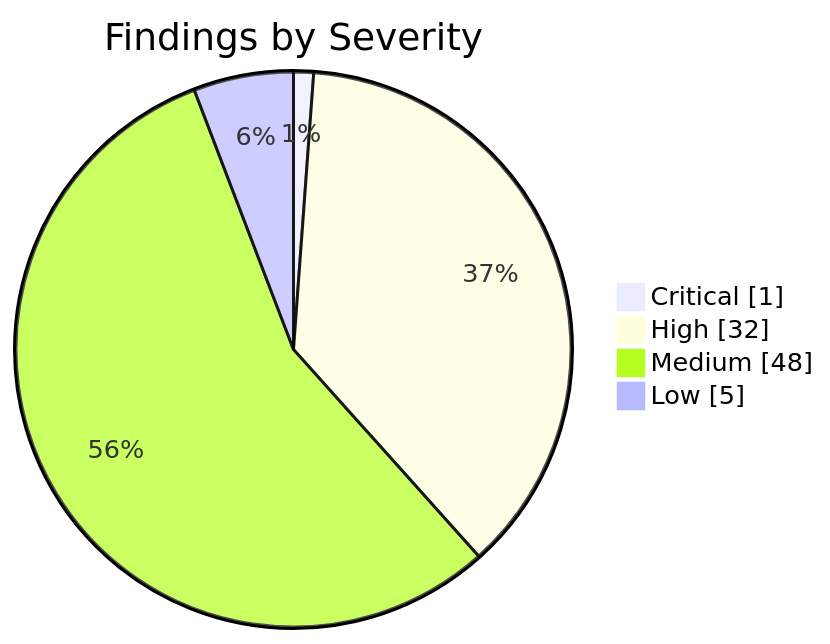
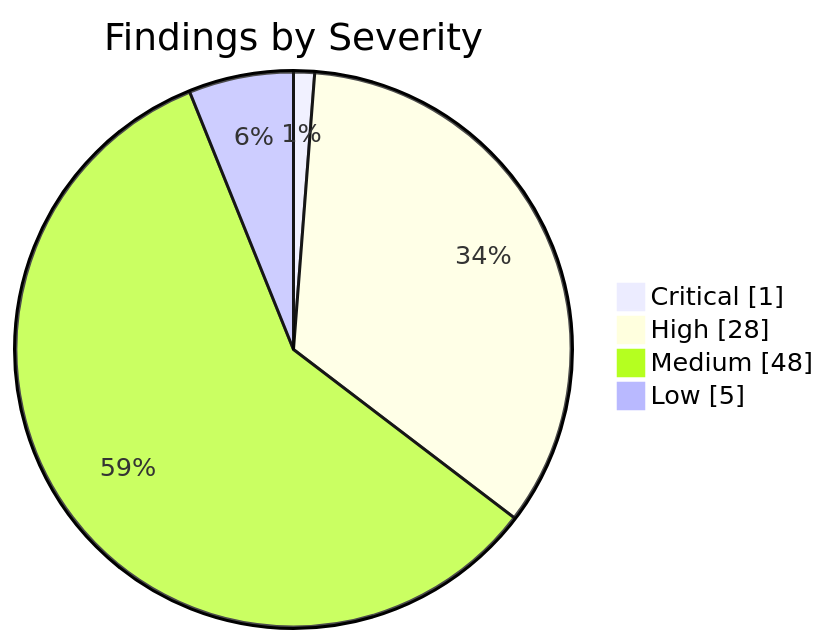
The first of 2 diagrams in apps/kbve/astro-kbve/src/content/docs/dashboard/security.mdx (KBVE/kbve), drawn with Mermaid before and after one commit. The commit also changed other lines of this file and 7 other files, not shown here.

````diff
--- a/apps/kbve/astro-kbve/src/content/docs/dashboard/security.mdx
+++ b/apps/kbve/astro-kbve/src/content/docs/dashboard/security.mdx
@@ -62,8 +62,8 @@
 ```mermaid
 pie showData
     title Findings by Severity
     "Critical" : 1
-    "High" : 32
+    "High" : 28
     "Medium" : 48
     "Low" : 5
 ```
````
